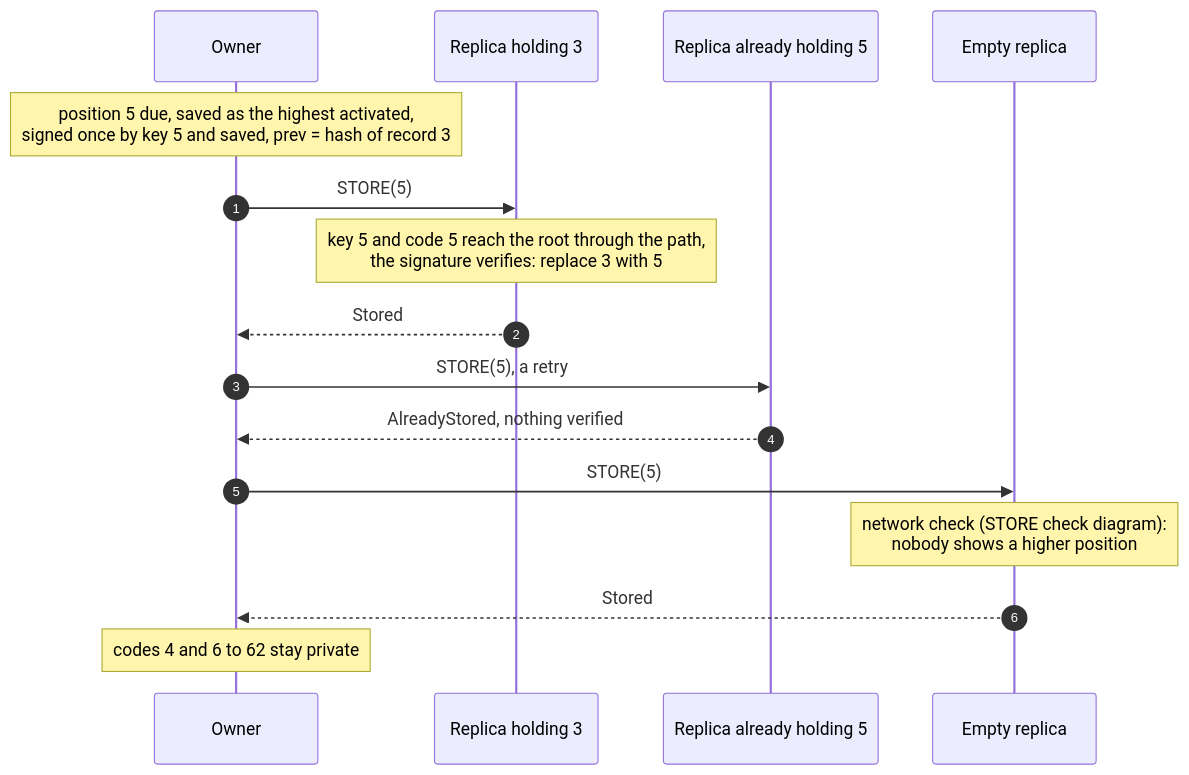
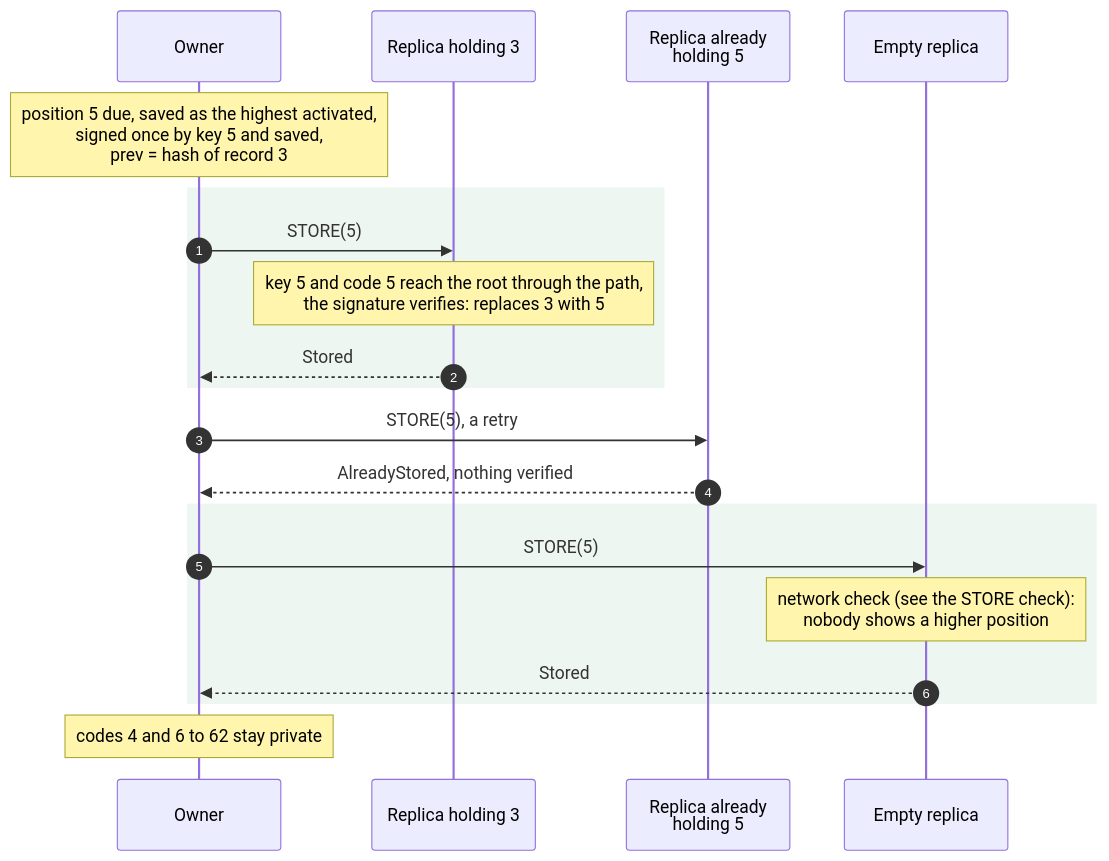
The diagram in docs/design/rotation.mmd (fratrung/auth-kademlia-rs), drawn with Mermaid before and after one commit. The commit also changed 28 other files, not shown here.

```diff
--- a/docs/design/rotation.mmd
+++ b/docs/design/rotation.mmd
@@ -1,16 +1,20 @@
 sequenceDiagram
     autonumber
     participant O as Owner
     participant R1 as Replica holding 3
-    participant R2 as Replica already holding 5
+    participant R2 as Replica already<br/>holding 5
     participant R3 as Empty replica
-    Note over O: position 5 due, saved as the highest activated,<br/>signed once by key 5 and saved, prev = hash of record 3
+    Note over O: position 5 due, saved as the highest activated,<br/>signed once by key 5 and saved,<br/>prev = hash of record 3
+    rect rgba(47, 143, 78, 0.08)
     O->>R1: STORE(5)
-    Note over R1: key 5 and code 5 reach the root through the path,<br/>the signature verifies: replace 3 with 5
+    Note over R1: key 5 and code 5 reach the root through the path,<br/>the signature verifies: replaces 3 with 5
     R1-->>O: Stored
+    end
     O->>R2: STORE(5), a retry
     R2-->>O: AlreadyStored, nothing verified
+    rect rgba(47, 143, 78, 0.08)
     O->>R3: STORE(5)
-    Note over R3: network check (STORE check diagram):<br/>nobody shows a higher position
+    Note over R3: network check (see the STORE check):<br/>nobody shows a higher position
     R3-->>O: Stored
+    end
     Note over O: codes 4 and 6 to 62 stay private
```
